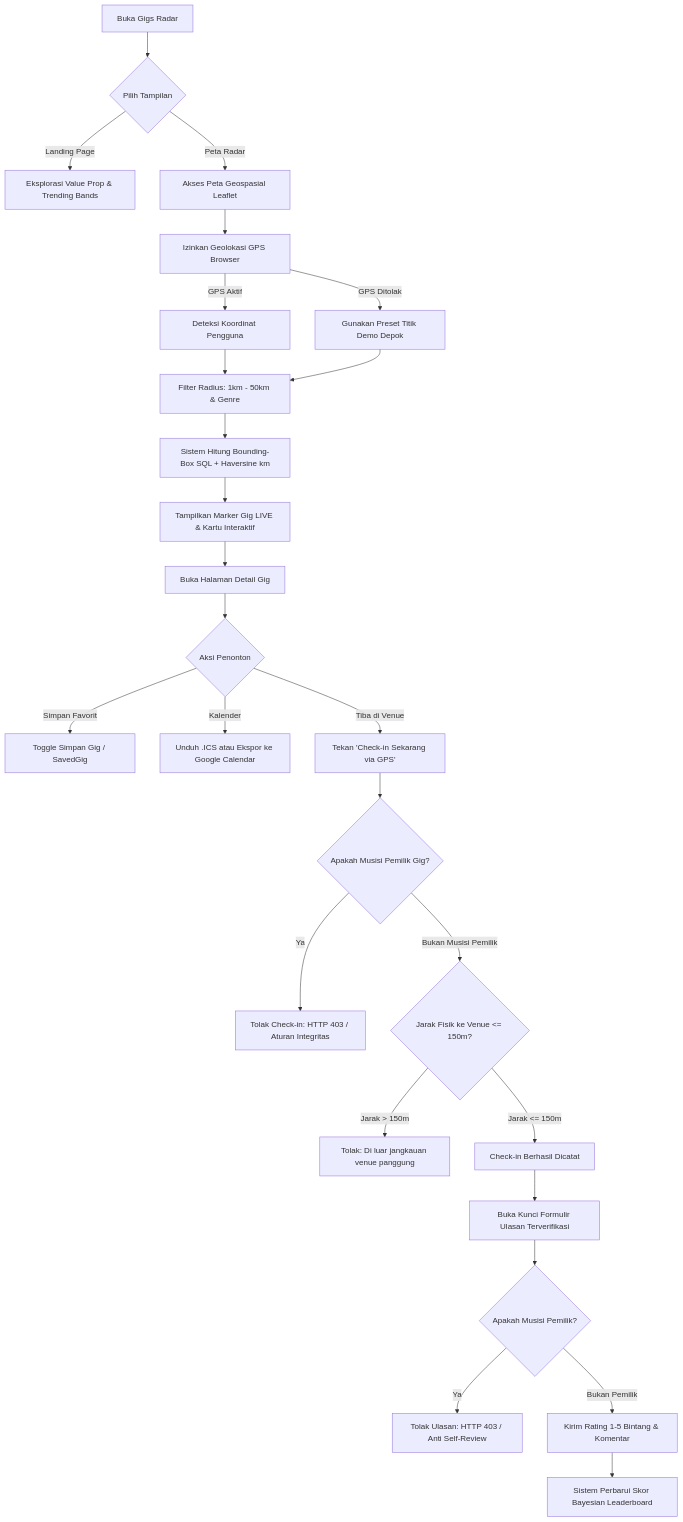
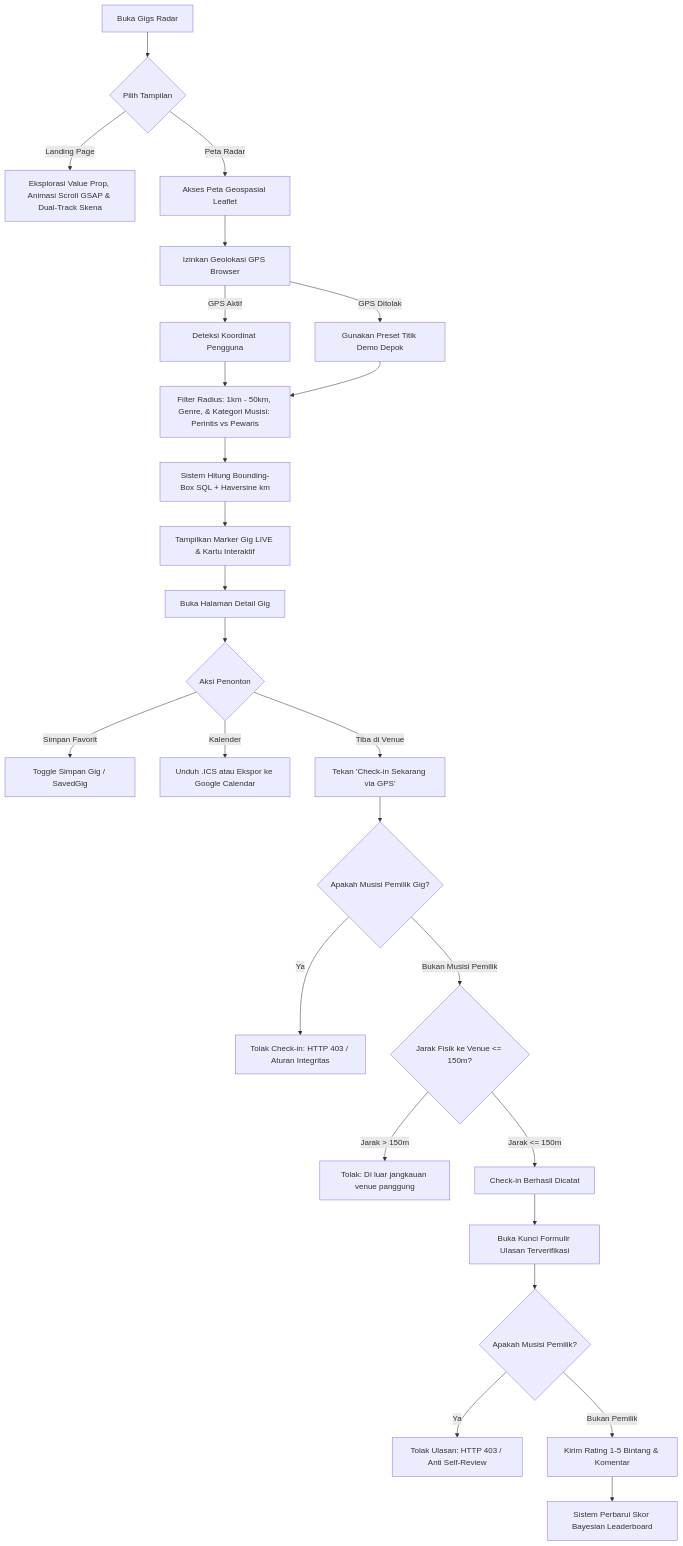
Before and after one commit to BhreKheley/gigs-radar: the first of 2 diagrams in docs/alur_flowchart_pengguna.md, drawn with Mermaid. The commit also changed other lines of this file and 32 other files, not shown here.

Commit message:
feat: add production Docker setup, enterprise middleware, dual-track musician classification, and GSAP motion animations

````diff
--- a/docs/alur_flowchart_pengguna.md
+++ b/docs/alur_flowchart_pengguna.md
@@ -17,35 +17,35 @@
 ```mermaid
 graph TD
     A[Buka Gigs Radar] --> B{Pilih Tampilan}
-    B -->|Landing Page| C[Eksplorasi Value Prop & Trending Bands]
+    B -->|Landing Page| C[Eksplorasi Value Prop, Animasi Scroll GSAP & Dual-Track Skena]
     B -->|Peta Radar| D[Akses Peta Geospasial Leaflet]
     
     D --> E[Izinkan Geolokasi GPS Browser]
     E -->|GPS Aktif| F[Deteksi Koordinat Pengguna]
     E -->|GPS Ditolak| G[Gunakan Preset Titik Demo Depok]
     
-    F --> H[Filter Radius: 1km - 50km & Genre]
+    F --> H[Filter Radius: 1km - 50km, Genre, & Kategori Musisi: Perintis vs Pewaris]
     G --> H
     H --> I[Sistem Hitung Bounding-Box SQL + Haversine km]
     I --> J[Tampilkan Marker Gig LIVE & Kartu Interaktif]
     
     J --> K[Buka Halaman Detail Gig]
     K --> L{Aksi Penonton}
     
     L -->|Simpan Favorit| M[Toggle Simpan Gig / SavedGig]
     L -->|Kalender| N[Unduh .ICS atau Ekspor ke Google Calendar]
     L -->|Tiba di Venue| O[Tekan 'Check-in Sekarang via GPS']
     
     O --> P{Apakah Musisi Pemilik Gig?}
     P -->|Ya| Q[Tolak Check-in: HTTP 403 / Aturan Integritas]
     P -->|Bukan Musisi Pemilik| R{Jarak Fisik ke Venue <= 150m?}
     
     R -->|Jarak > 150m| S[Tolak: Di luar jangkauan venue panggung]
     R -->|Jarak <= 150m| T[Check-in Berhasil Dicatat]
     
     T --> U[Buka Kunci Formulir Ulasan Terverifikasi]
     U --> V{Apakah Musisi Pemilik?}
     V -->|Ya| W[Tolak Ulasan: HTTP 403 / Anti Self-Review]
     V -->|Bukan Pemilik| X[Kirim Rating 1-5 Bintang & Komentar]
     X --> Y[Sistem Perbarui Skor Bayesian Leaderboard]
 ```
````
